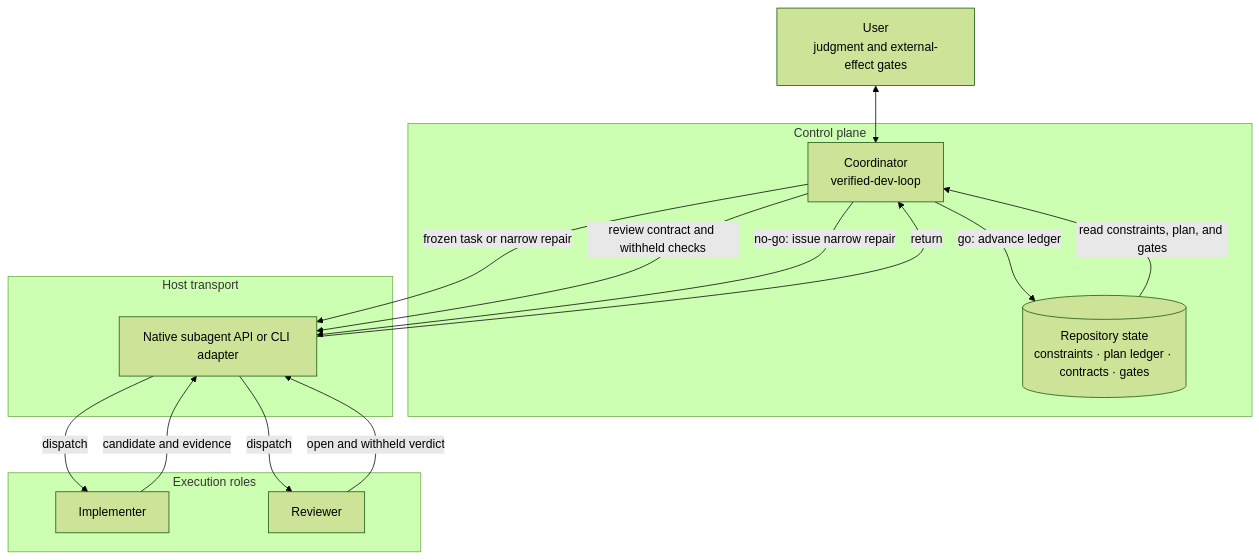
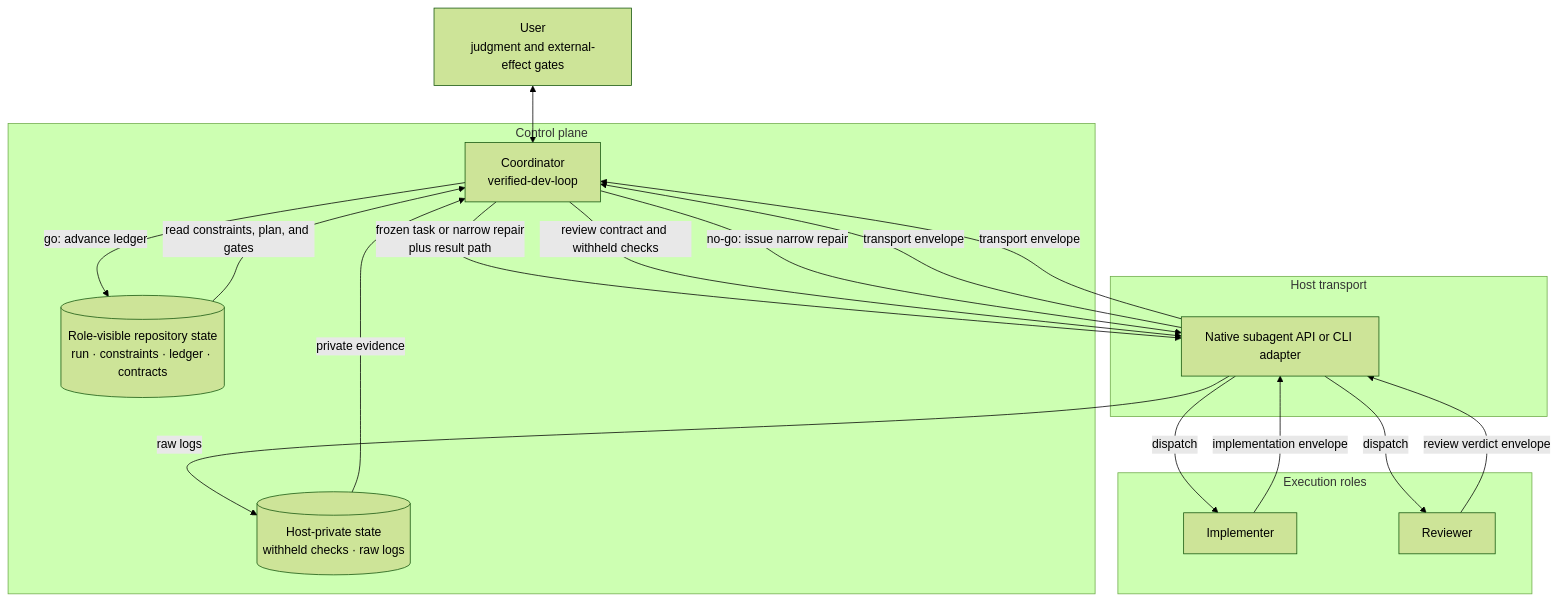
One commit to life-is-blue/agent-skills changed the diagram in README.md. Above: the diagram before and after it, drawn with Mermaid (forest theme). The commit also changed other lines of this file and 11 other files, not shown here.

````diff
--- a/README.md
+++ b/README.md
@@ -37,30 +37,34 @@
 ```mermaid
 flowchart TB
     U[User<br/>judgment and external-effect gates]
 
     subgraph control[Control plane]
         C[Coordinator<br/>verified-dev-loop]
-        S[(Repository state<br/>constraints · plan ledger · contracts · gates)]
+        S[(Role-visible repository state<br/>run · constraints · ledger · contracts)]
+        P[(Host-private state<br/>withheld checks · raw logs)]
         S -->|read constraints, plan, and gates| C
+        P -->|private evidence| C
     end
 
     subgraph transport[Host transport]
         A[Native subagent API or CLI adapter]
     end
 
     subgraph roles[Execution roles]
         I[Implementer]
         R[Reviewer]
     end
 
     U <--> C
-    C -->|frozen task or narrow repair| A
+    C -->|frozen task or narrow repair<br/>plus result path| A
     A -->|dispatch| I
-    I -->|candidate and evidence| A
-    A -->|return| C
+    I -->|implementation envelope| A
+    A -->|transport envelope| C
     C -->|review contract and withheld checks| A
     A -->|dispatch| R
-    R -->|open and withheld verdict| A
+    R -->|review verdict envelope| A
+    A -->|transport envelope| C
+    A -->|raw logs| P
     C -->|go: advance ledger| S
     C -->|no-go: issue narrow repair| A
 ```
````
